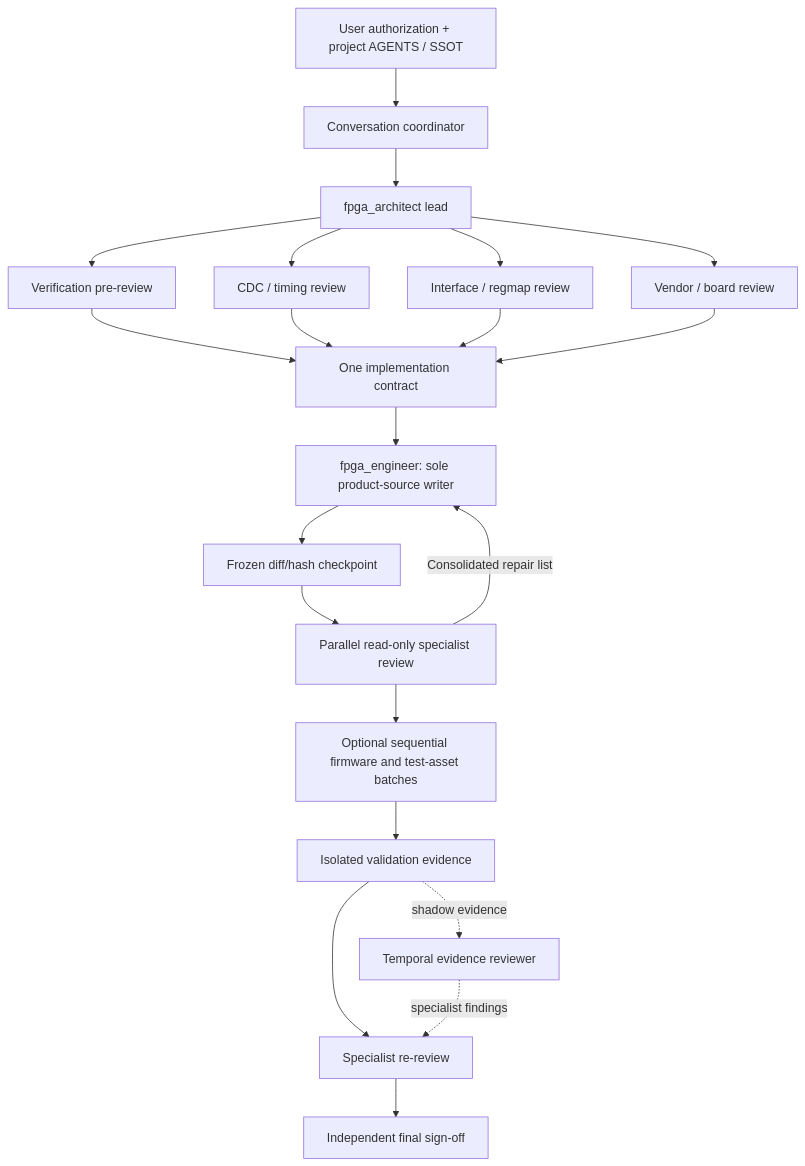
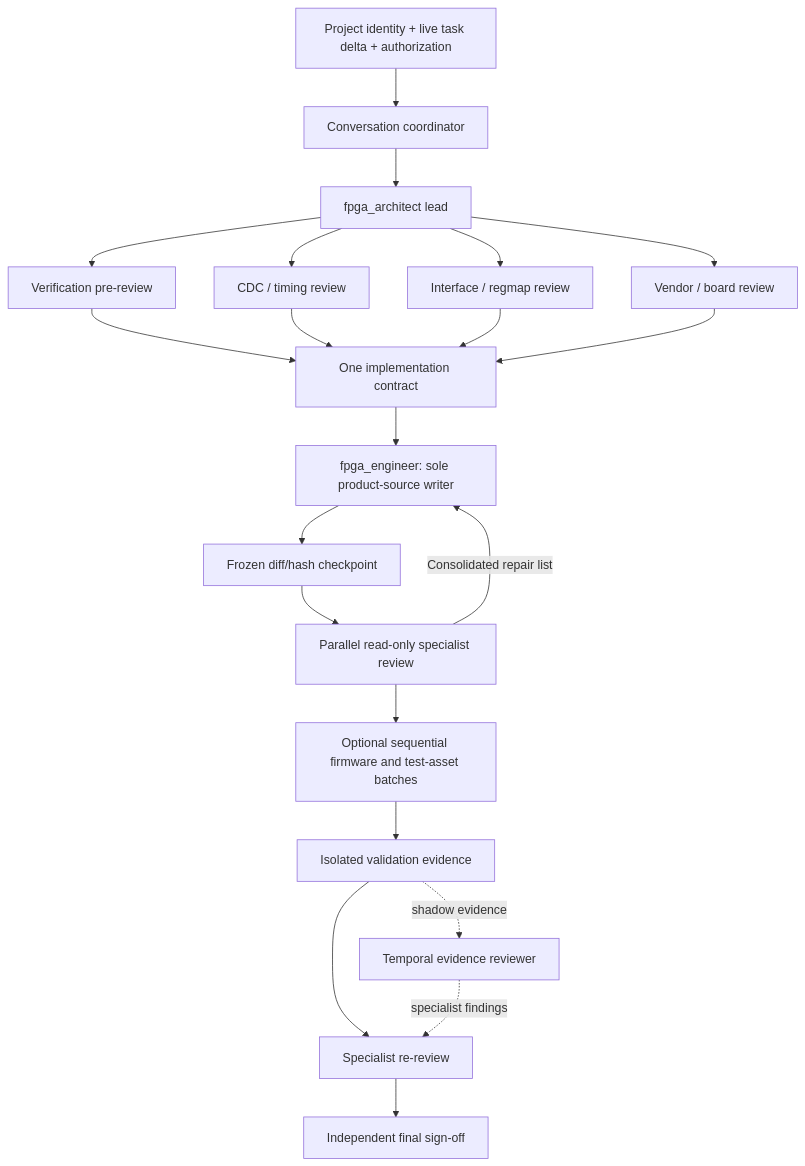
Before and after one commit to dukemfalme98/codex-fpga-engineering-workflow: the diagram in README.md, drawn with Mermaid. The commit also changed other lines of this file and 49 other files, not shown here.

````diff
--- a/README.md
+++ b/README.md
@@ -68,23 +73,23 @@
 ```mermaid
 flowchart TD
-    A[User authorization + project AGENTS / SSOT] --> B[Conversation coordinator]
+    A[Project identity + live task delta + authorization] --> B[Conversation coordinator]
     B --> C[fpga_architect lead]
     C --> D1[Verification pre-review]
     C --> D2[CDC / timing review]
     C --> D3[Interface / regmap review]
     C --> D4[Vendor / board review]
     D1 --> E[One implementation contract]
     D2 --> E
     D3 --> E
     D4 --> E
     E --> F[fpga_engineer: sole product-source writer]
     F --> G[Frozen diff/hash checkpoint]
     G --> H[Parallel read-only specialist review]
     H -->|Consolidated repair list| F
     H --> I[Optional sequential firmware and test-asset batches]
     I --> J[Isolated validation evidence]
     J --> K[Specialist re-review]
     K --> L[Independent final sign-off]
     J -. shadow evidence .-> T[Temporal evidence reviewer]
     T -. specialist findings .-> K
 ```
````
